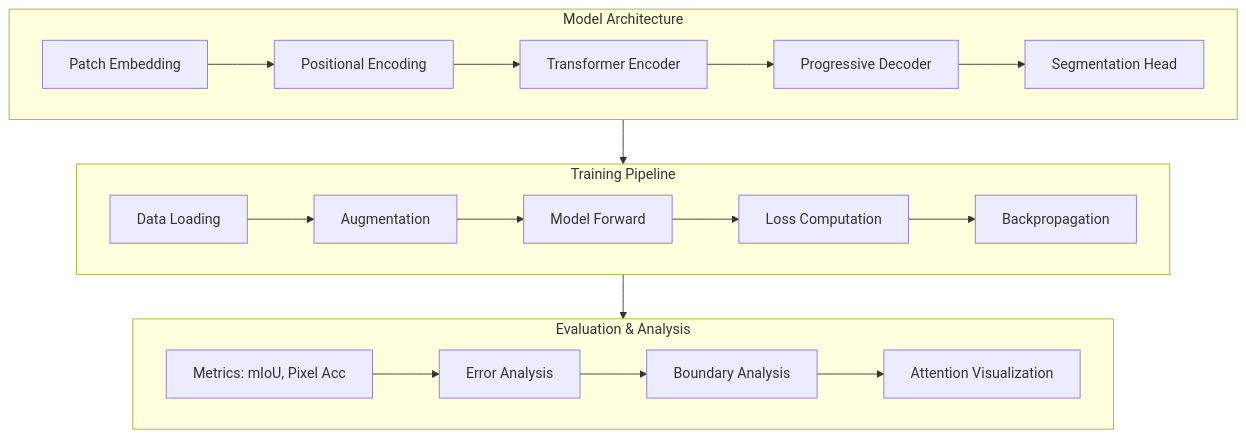
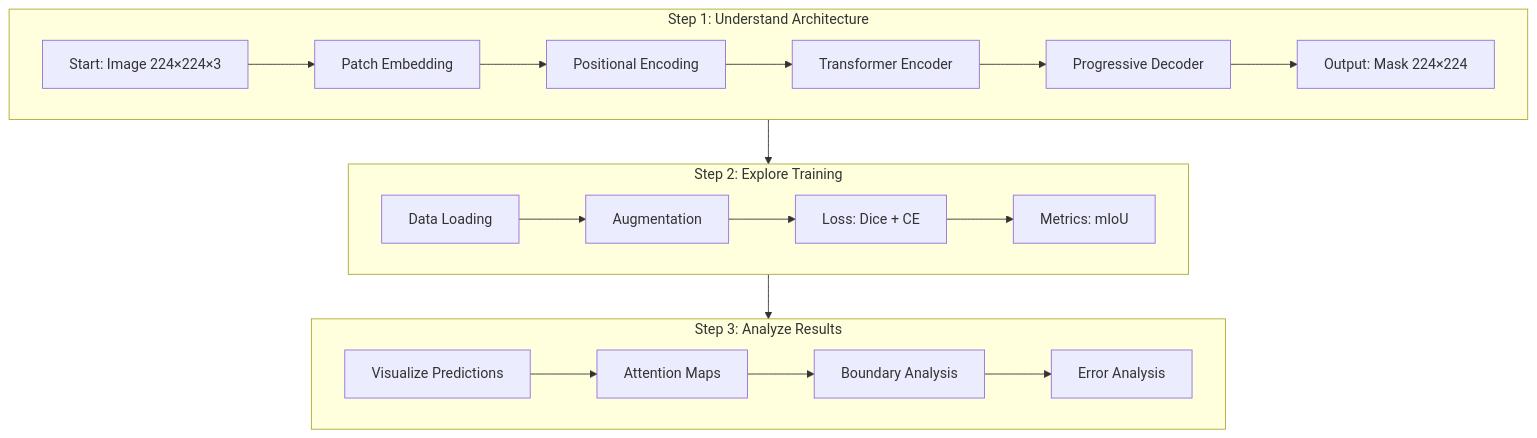
One commit to FaranIdo/learn-vit-segmentation changed the second of 2 diagrams in vit_tutorial_plan.md. Above: the diagram before and after it, drawn with Mermaid. The commit also changed other lines of this file, not shown here.

````diff
--- a/vit_tutorial_plan.md
+++ b/vit_tutorial_plan.md
@@ -52,24 +44,24 @@
 ```mermaid
 flowchart TB
-    subgraph architecture [Model Architecture]
-        A[Patch Embedding] --> B[Positional Encoding]
-        B --> C[Transformer Encoder]
-        C --> D[Progressive Decoder]
-        D --> E[Segmentation Head]
+    subgraph step1 [Step 1: Understand Architecture]
+        A[Start: Image 224×224×3] --> B[Patch Embedding]
+        B --> C[Positional Encoding]
+        C --> D[Transformer Encoder]
+        D --> E[Progressive Decoder]
+        E --> F[Output: Mask 224×224]
     end
     
-    subgraph training [Training Pipeline]
-        F[Data Loading] --> G[Augmentation]
-        G --> H[Model Forward]
-        H --> I[Loss Computation]
-        I --> J[Backpropagation]
+    subgraph step2 [Step 2: Explore Training]
+        G[Data Loading] --> H[Augmentation]
+        H --> I[Loss: Dice + CE]
+        I --> J[Metrics: mIoU]
     end
     
-    subgraph evaluation [Evaluation & Analysis]
-        K[Metrics: mIoU, Pixel Acc] --> L[Error Analysis]
+    subgraph step3 [Step 3: Analyze Results]
+        K[Visualize Predictions] --> L[Attention Maps]
         L --> M[Boundary Analysis]
-        M --> N[Attention Visualization]
+        M --> N[Error Analysis]
     end
     
-    architecture --> training --> evaluation
+    step1 --> step2 --> step3
 ```
````
